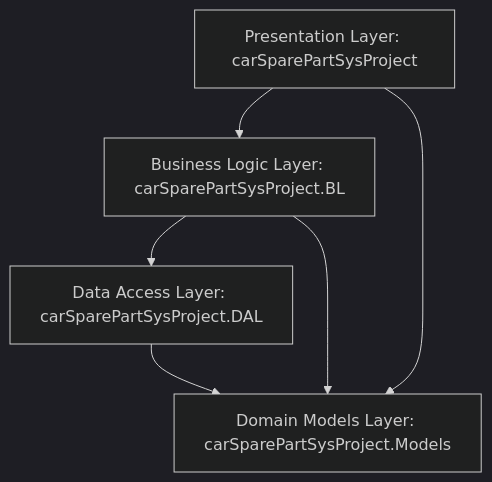
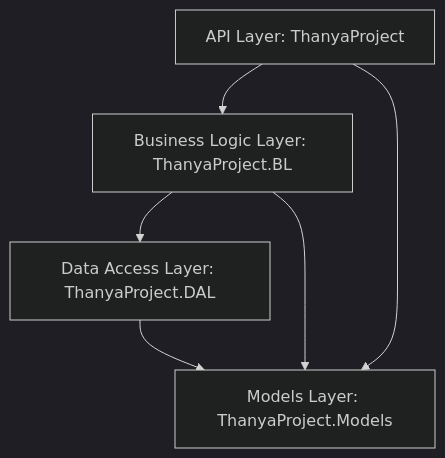
The diagram in README.md (nhahub/NHA-4-171), drawn with Mermaid (dark theme) before and after one commit. The commit also changed other lines of this file and 23 other files, not shown here.

Commit message:
Upload all features from depi_rahmaANDreem_777 with updated folder naming carSparePartSysProject

````diff
--- a/README.md
+++ b/README.md
@@ -92,8 +11,8 @@
 ```mermaid
 graph TD
-    API[Presentation Layer: carSparePartSysProject] --> BL[Business Logic Layer: carSparePartSysProject.BL]
-    BL --> DAL[Data Access Layer: carSparePartSysProject.DAL]
-    BL --> MD[Domain Models Layer: carSparePartSysProject.Models]
+    API[API Layer: ThanyaProject] --> BL[Business Logic Layer: ThanyaProject.BL]
+    BL --> DAL[Data Access Layer: ThanyaProject.DAL]
+    BL --> MD[Models Layer: ThanyaProject.Models]
     API --> MD
     DAL --> MD
 ```
````
